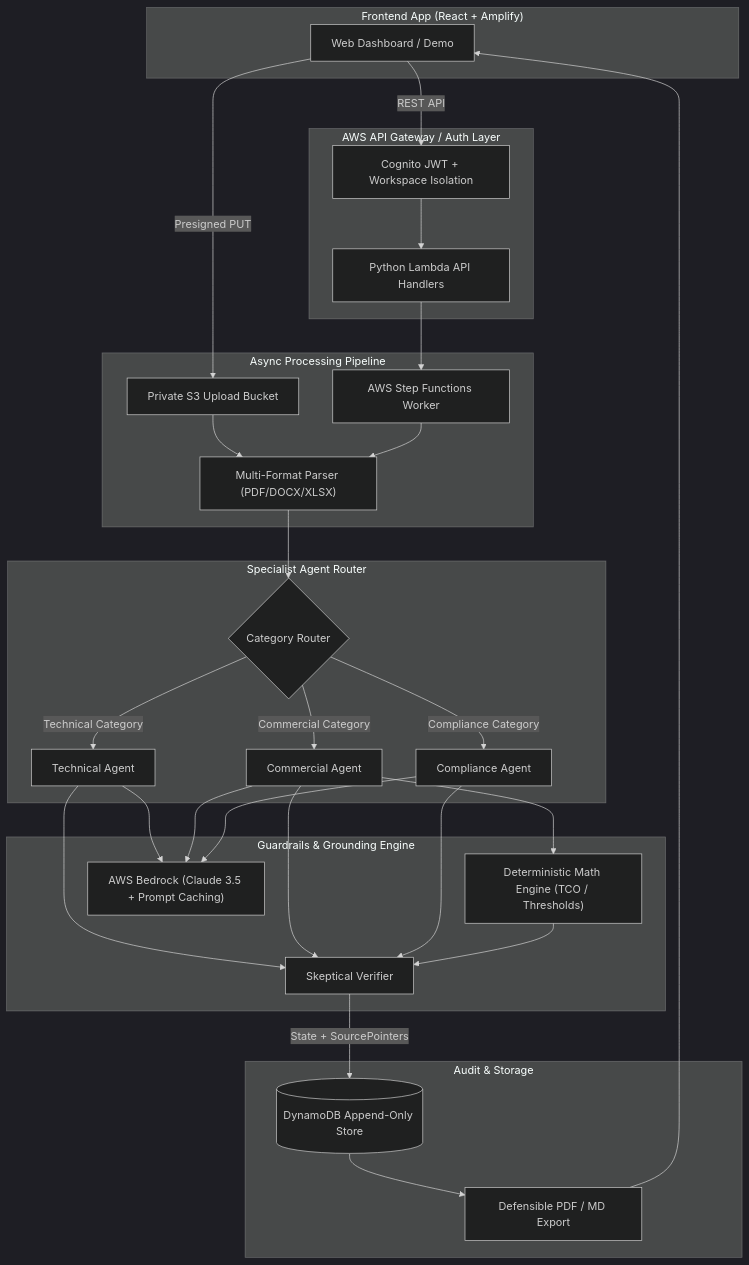
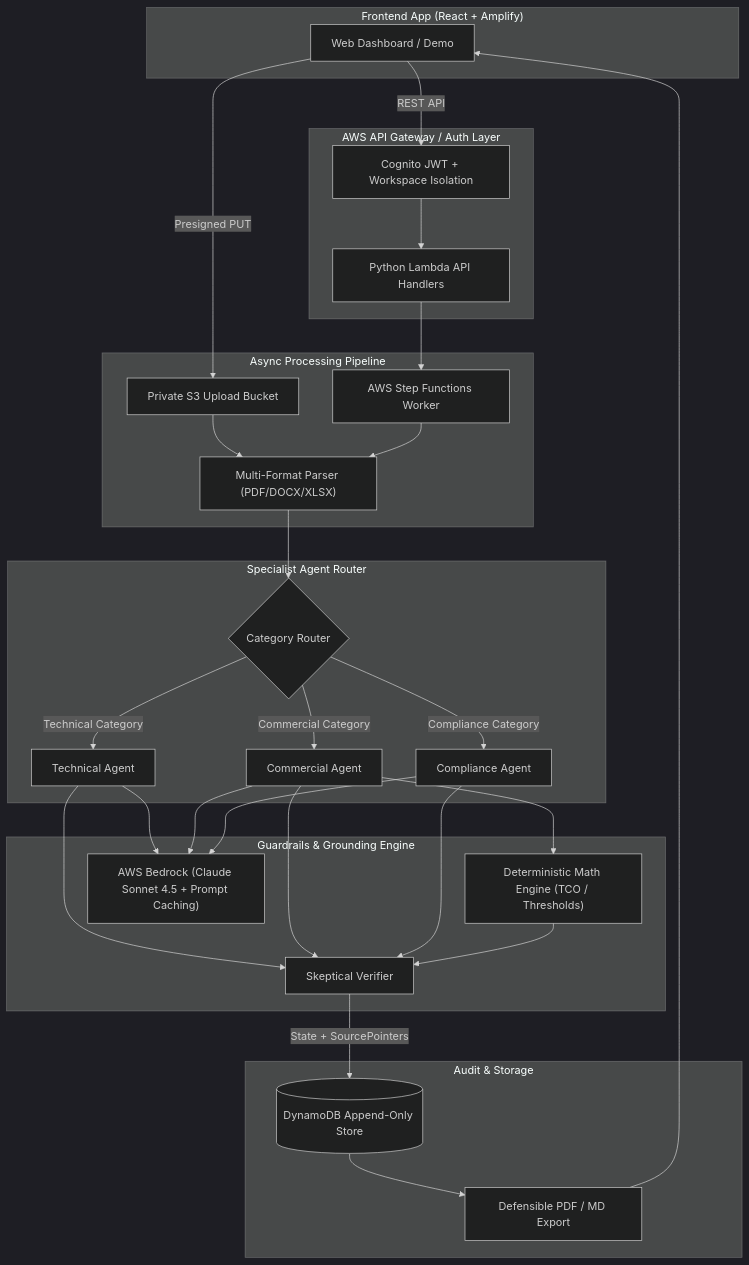
The diagram in README.md (minhnhut273/veribid), drawn with Mermaid (dark theme) before and after one commit. The commit also changed other lines of this file and 1 other file, not shown here.

````diff
--- a/README.md
+++ b/README.md
@@ -53,56 +50,56 @@
 ```mermaid
 flowchart TD
     subgraph Client ["Frontend App (React + Amplify)"]
         UI["Web Dashboard / Demo"]
     end
 
     subgraph Boundary ["AWS API Gateway / Auth Layer"]
         AUTH["Cognito JWT + Workspace Isolation"]
         API["Python Lambda API Handlers"]
     end
 
     subgraph Ingestion ["Async Processing Pipeline"]
         S3["Private S3 Upload Bucket"]
         SFN["AWS Step Functions Worker"]
         PARSE["Multi-Format Parser (PDF/DOCX/XLSX)"]
     end
 
     subgraph Agents ["Specialist Agent Router"]
         ROUTE{"Category Router"}
         TECH["Technical Agent"]
         COMM["Commercial Agent"]
         COMP["Compliance Agent"]
     end
 
     subgraph Verification ["Guardrails & Grounding Engine"]
         MATH["Deterministic Math Engine (TCO / Thresholds)"]
-        BEDROCK["AWS Bedrock (Claude 3.5 + Prompt Caching)"]
+        BEDROCK["AWS Bedrock (Claude Sonnet 4.5 + Prompt Caching)"]
         VERIFY["Skeptical Verifier"]
     end
 
     subgraph Persistence ["Audit & Storage"]
         DDB[("DynamoDB Append-Only Store")]
         EXPORT["Defensible PDF / MD Export"]
     end
 
     UI -->|Presigned PUT| S3
     UI -->|REST API| AUTH
     AUTH --> API
     API --> SFN
     S3 --> PARSE
     SFN --> PARSE
     PARSE --> ROUTE
     
     ROUTE -->|Technical Category| TECH
     ROUTE -->|Commercial Category| COMM
     ROUTE -->|Compliance Category| COMP
 
     TECH & COMM & COMP --> BEDROCK
     COMM --> MATH
     TECH & COMM & COMP --> VERIFY
     MATH --> VERIFY
 
     VERIFY -->|State + SourcePointers| DDB
     DDB --> EXPORT
     EXPORT --> UI
 ```
````
